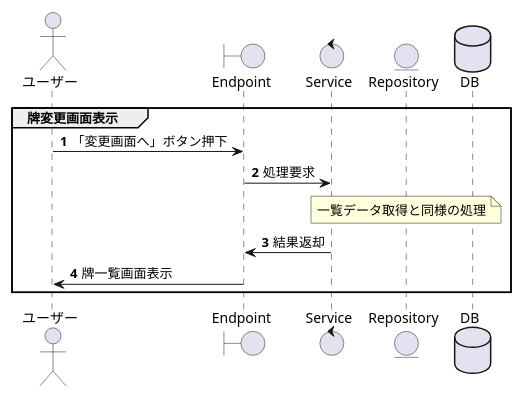
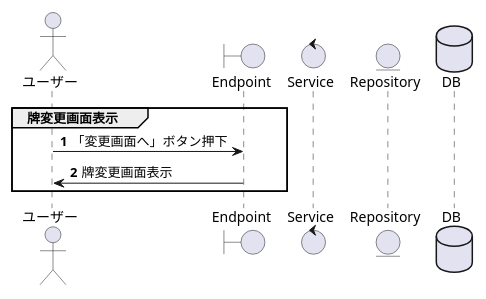
One commit to NakataTPD/2018-k-web-training changed the tenth of 14 diagrams in document/詳細設計書/詳細設計書.md. Above: the diagram before and after it, drawn with PlantUML. The commit also changed other lines of this file and 1 other file, not shown here.

````diff
--- a/document/詳細設計書/詳細設計書.md
+++ b/document/詳細設計書/詳細設計書.md
@@ -521,21 +568,16 @@
 ```puml
 scale 0.8
 actor ユーザー as User
 boundary Endpoint as Con
 control Service as Ser
 entity Repository as Repo
 database DB as DB
 
 group 牌変更画面表示
   autonumber 1
 
     User -> Con: 「変更画面へ」ボタン押下
-    Con -> Ser: 処理要求
-    note over Repo
-    一覧データ取得と同様の処理
-    end note
-    Ser -> Con: 結果返却
-    Con -> User: 牌一覧画面表示
+    Con -> User: 牌変更画面表示
 
 end
 ```
````
